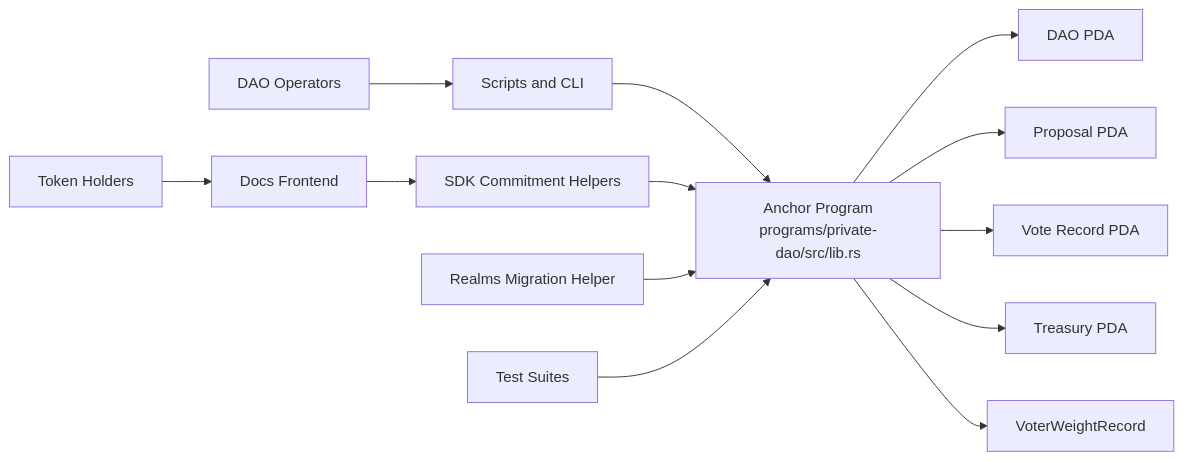
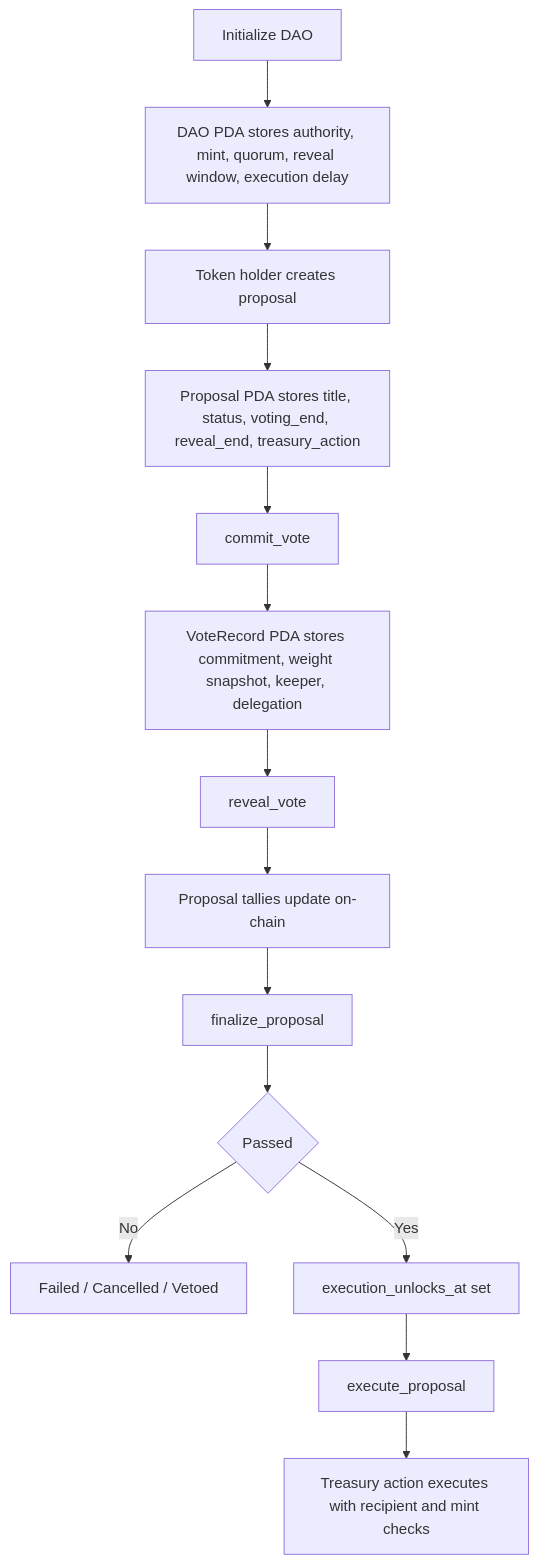
Before and after one commit to X-PACT/PrivateDAO: the second of 3 diagrams in README.md, drawn with Mermaid. The commit also changed other lines of this file and 4 other files, not shown here.

````diff
--- a/README.md
+++ b/README.md
@@ -129,15 +185,16 @@
 ```mermaid
-flowchart LR
-  A[DAO Operators] --> B[Scripts and CLI]
-  U[Token Holders] --> C[Docs Frontend]
-  C --> D[SDK Commitment Helpers]
-  B --> E[Anchor Program<br/>programs/private-dao/src/lib.rs]
-  D --> E
-  E --> F[DAO PDA]
-  E --> G[Proposal PDA]
-  E --> H[Vote Record PDA]
-  E --> I[Treasury PDA]
-  E --> J[VoterWeightRecord]
-  K[Realms Migration Helper] --> E
-  L[Test Suites] --> E
+flowchart TD
+  A[Initialize DAO] --> B[DAO PDA stores authority, mint, quorum, reveal window, execution delay]
+  B --> C[Token holder creates proposal]
+  C --> D[Proposal PDA stores title, status, voting_end, reveal_end, treasury_action]
+  D --> E[commit_vote]
+  E --> F[VoteRecord PDA stores commitment, weight snapshot, keeper, delegation]
+  F --> G[reveal_vote]
+  G --> H[Proposal tallies update on-chain]
+  H --> I[finalize_proposal]
+  I --> J{Passed}
+  J -- No --> K[Failed / Cancelled / Vetoed]
+  J -- Yes --> L[execution_unlocks_at set]
+  L --> M[execute_proposal]
+  M --> N[Treasury action executes with recipient and mint checks]
 ```
````
